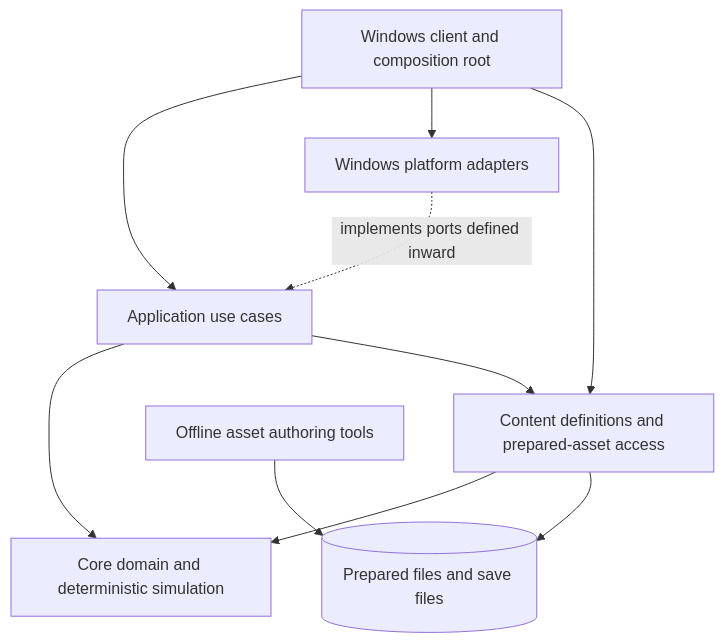
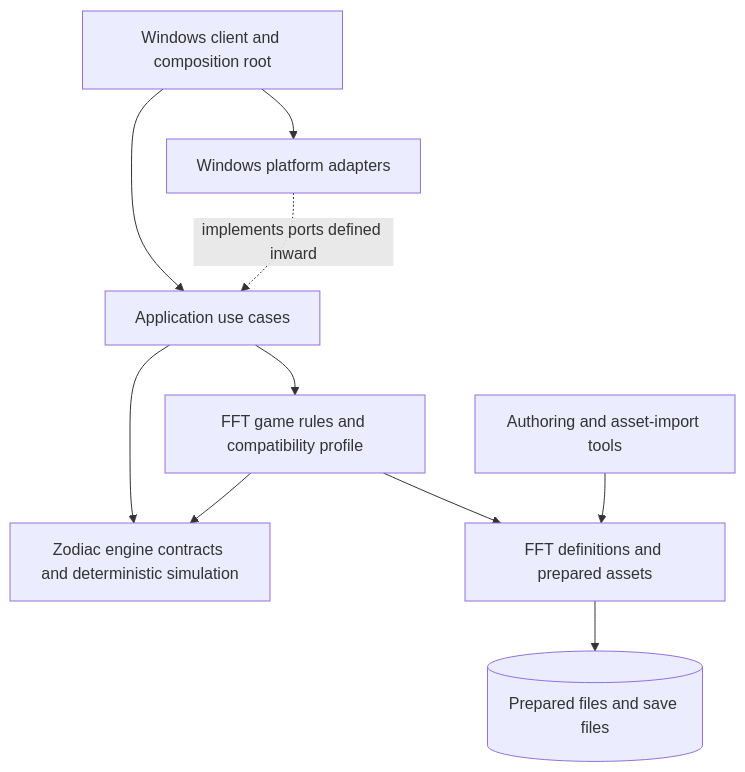
The diagram in docs/architecture/overview.md (jonwong84/fft-experimental-project), drawn with Mermaid before and after one commit. The commit also changed other lines of this file and 3 other files, not shown here.

Commit message:
Document Zodiac engine and FFT game boundaries

````diff
--- a/docs/architecture/overview.md
+++ b/docs/architecture/overview.md
@@ -27,20 +27,21 @@
 ```mermaid
 flowchart TD
     Client[Windows client and composition root]
     App[Application use cases]
-    Core[Core domain and deterministic simulation]
-    Content[Content definitions and prepared-asset access]
+    Engine[Zodiac engine contracts and deterministic simulation]
+    FftGame[FFT game rules and compatibility profile]
+    FftData[FFT definitions and prepared assets]
     Win[Windows platform adapters]
-    Tool[Offline asset authoring tools]
+    Tool[Authoring and asset-import tools]
     Files[(Prepared files and save files)]
 
     Client --> App
     Client --> Win
-    Client --> Content
-    App --> Core
-    App --> Content
-    Content --> Core
+    App --> FftGame
+    App --> Engine
+    FftGame --> Engine
+    FftGame --> FftData
     Win -. implements ports defined inward .-> App
-    Tool --> Files
-    Content --> Files
+    Tool --> FftData
+    FftData --> Files
 ```
````
